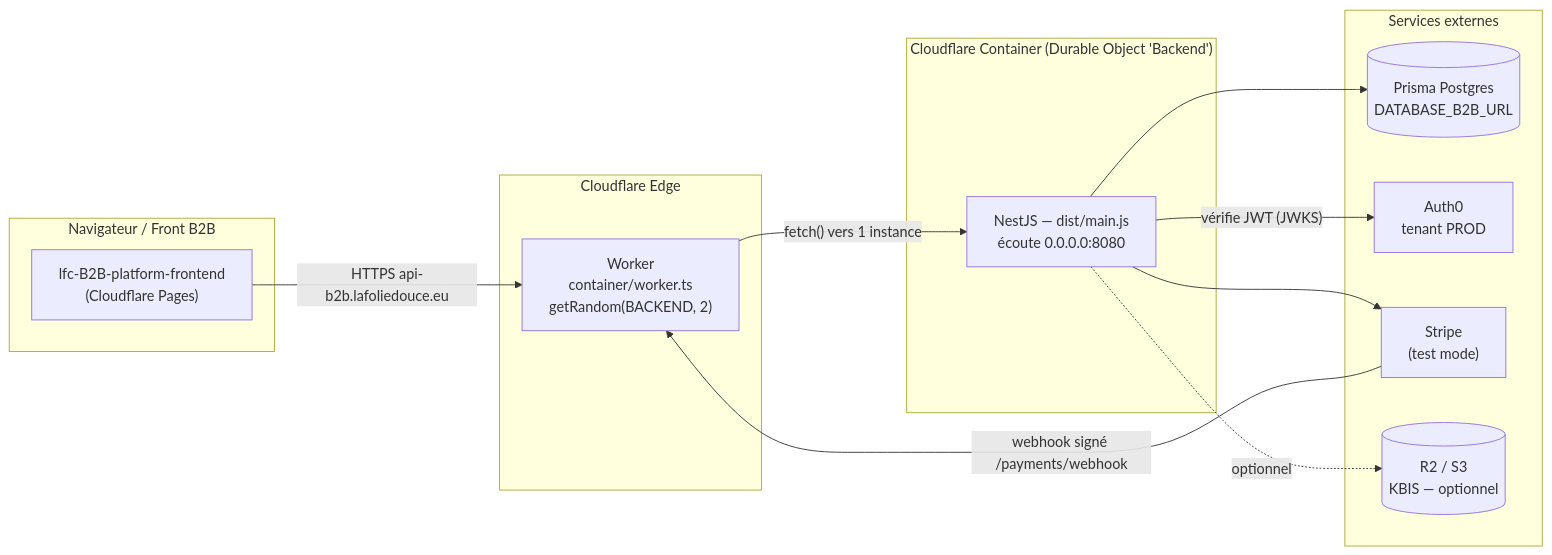
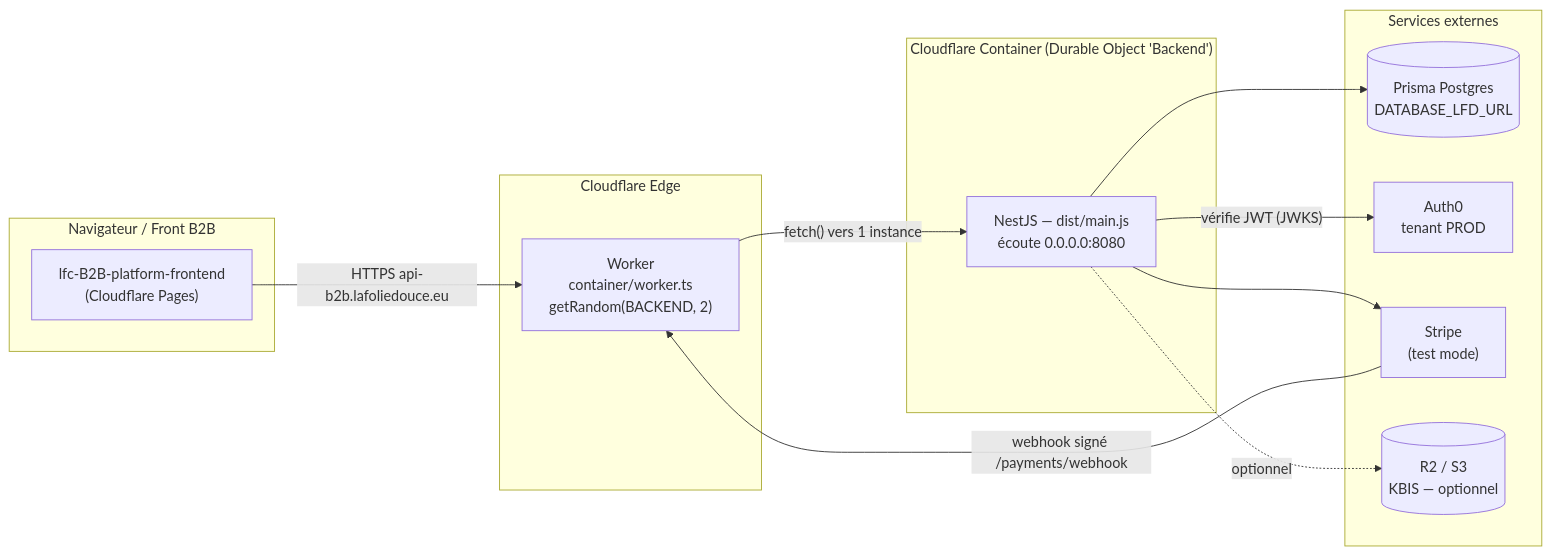
Before and after one commit to hugoheynard/lfd: the first of 6 diagrams in documentation/b2b/b2b_backend_deploy.md, drawn with Mermaid. The commit also changed other lines of this file and 19 other files, not shown here.

First line of the commit message:
refactor(api): DATABASE_B2B_URL devient DATABASE_LFD_URL

````diff
--- a/documentation/b2b/b2b_backend_deploy.md
+++ b/documentation/b2b/b2b_backend_deploy.md
@@ -25,29 +25,29 @@
 ```mermaid
 flowchart LR
     subgraph client["Navigateur / Front B2B"]
         FE["lfc-B2B-platform-frontend<br/>(Cloudflare Pages)"]
     end
 
     subgraph edge["Cloudflare Edge"]
         W["Worker<br/>container/worker.ts<br/>getRandom(BACKEND, 2)"]
     end
 
     subgraph run["Cloudflare Container (Durable Object 'Backend')"]
         API["NestJS — dist/main.js<br/>écoute 0.0.0.0:8080"]
     end
 
     subgraph ext["Services externes"]
-        DB[("Prisma Postgres<br/>DATABASE_B2B_URL")]
+        DB[("Prisma Postgres<br/>DATABASE_LFD_URL")]
         A0["Auth0<br/>tenant PROD"]
         ST["Stripe<br/>(test mode)"]
         R2[("R2 / S3<br/>KBIS — optionnel")]
     end
 
     FE -->|"HTTPS api-b2b.lafoliedouce.eu"| W
     W -->|"fetch() vers 1 instance"| API
     ST -->|"webhook signé /payments/webhook"| W
     API --> DB
     API -->|"vérifie JWT (JWKS)"| A0
     API --> ST
     API -. optionnel .-> R2
 ```
````
